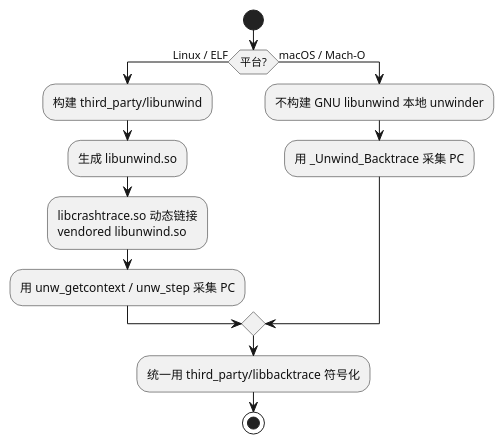
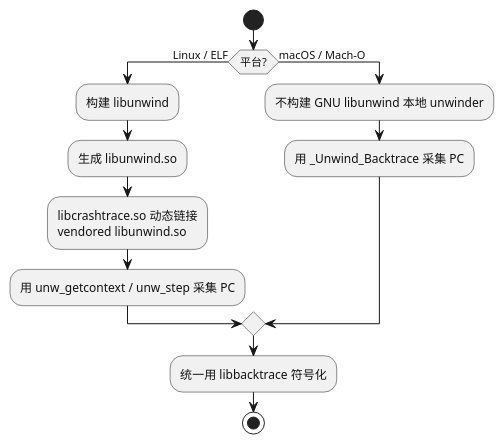
Before and after one commit to kgbook/blog: the fifth of 7 diagrams in content/blog/Linux/cpp-crash-stacktrace/index.md, drawn with PlantUML. The commit also changed other lines of this file, not shown here.

````diff
--- a/content/blog/Linux/cpp-crash-stacktrace/index.md
+++ b/content/blog/Linux/cpp-crash-stacktrace/index.md
@@ -377,19 +364,19 @@
 ```plantuml
 @startuml
 skinparam backgroundColor transparent
 skinparam defaultFontColor #111111
 
 start
 if (平台?) then (Linux / ELF)
-  :构建 third_party/libunwind;
+  :构建 libunwind;
   :生成 libunwind.so;
   :libcrashtrace.so 动态链接\nvendored libunwind.so;
   :用 unw_getcontext / unw_step 采集 PC;
 else (macOS / Mach-O)
   :不构建 GNU libunwind 本地 unwinder;
   :用 _Unwind_Backtrace 采集 PC;
 endif
-:统一用 third_party/libbacktrace 符号化;
+:统一用 libbacktrace 符号化;
 stop
 @enduml
 ```
````
